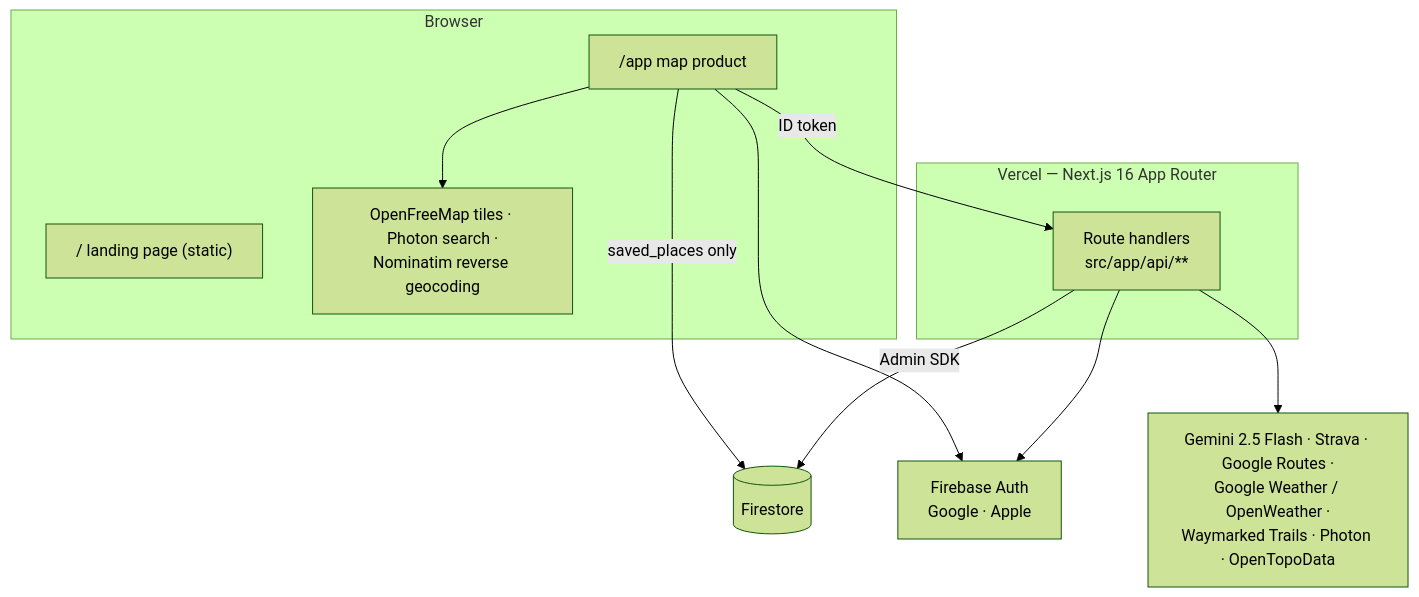
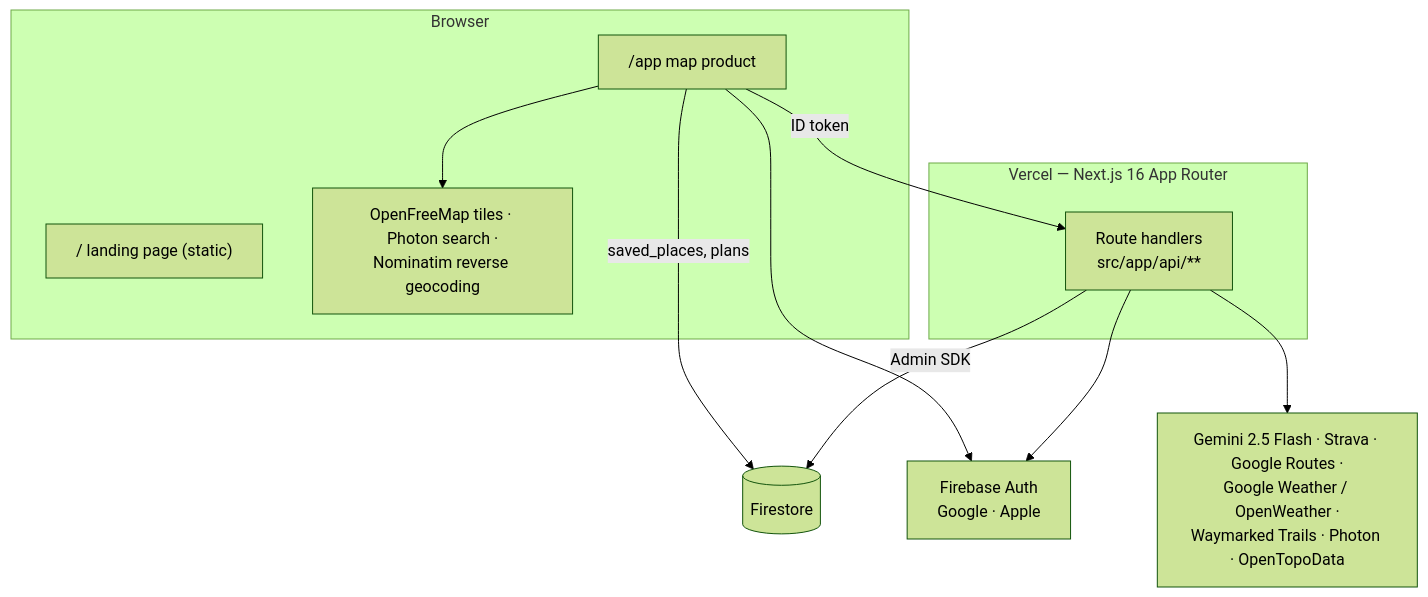
One commit to Oweeboi011/Fit-Ready-IQ changed the first of 5 diagrams in docs/guides/architecture.md. Above: the diagram before and after it, drawn with Mermaid (forest theme). The commit also changed other lines of this file and 19 other files, not shown here.

````diff
--- a/docs/guides/architecture.md
+++ b/docs/guides/architecture.md
@@ -10,22 +10,22 @@
 ```mermaid
 flowchart TB
     subgraph Browser
         L["/ landing page (static)"]
         M["/app map product"]
         OSM["OpenFreeMap tiles · Photon search ·<br/>Nominatim reverse geocoding"]
     end
     subgraph Vercel["Vercel — Next.js 16 App Router"]
         API["Route handlers<br/>src/app/api/**"]
     end
     FS[("Firestore")]
     FA["Firebase Auth<br/>Google · Apple"]
     EXT["Gemini 2.5 Flash · Strava · Google Routes ·<br/>Google Weather / OpenWeather ·<br/>Waymarked Trails · Photon · OpenTopoData"]
 
     M --> OSM
     M -->|ID token| API
-    M -->|saved_places only| FS
+    M -->|saved_places, plans| FS
     M --> FA
     API -->|Admin SDK| FS
     API --> FA
     API --> EXT
 ```
````
